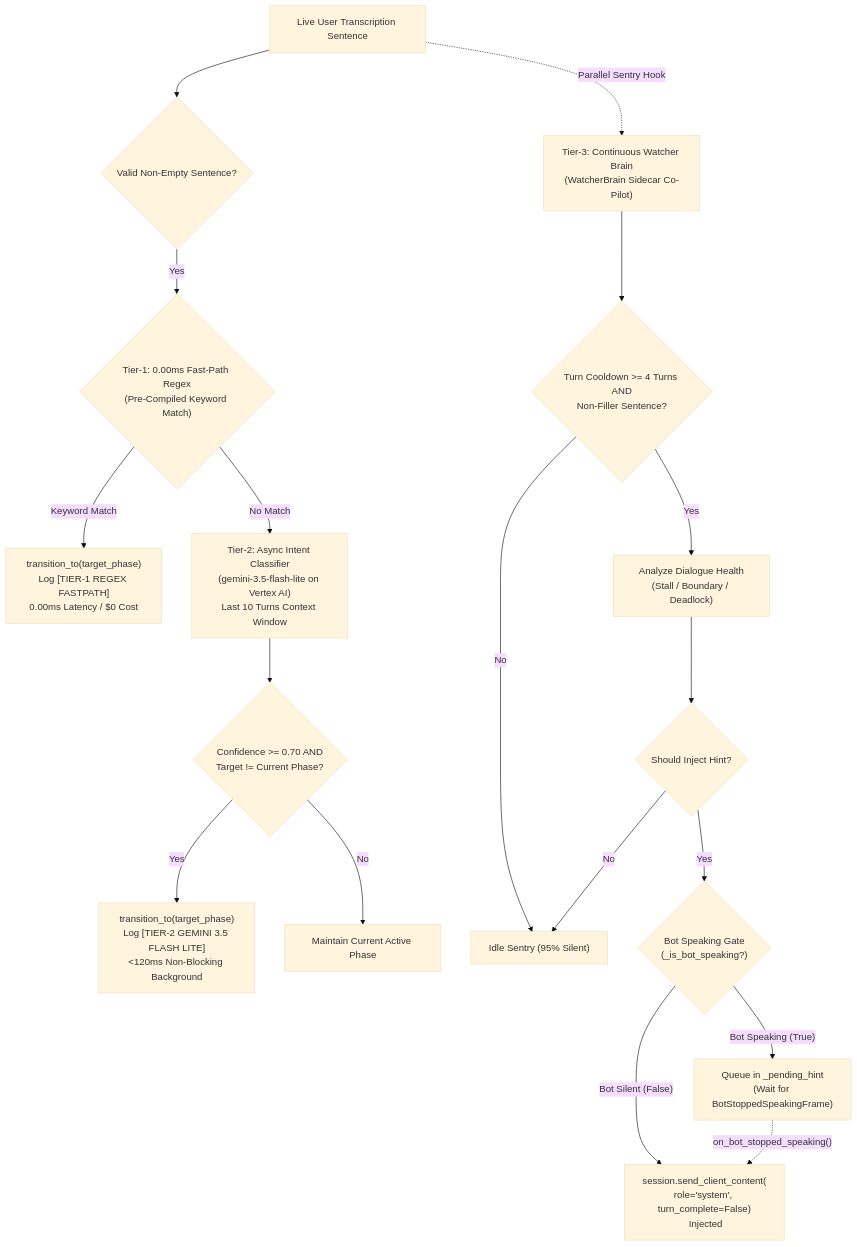
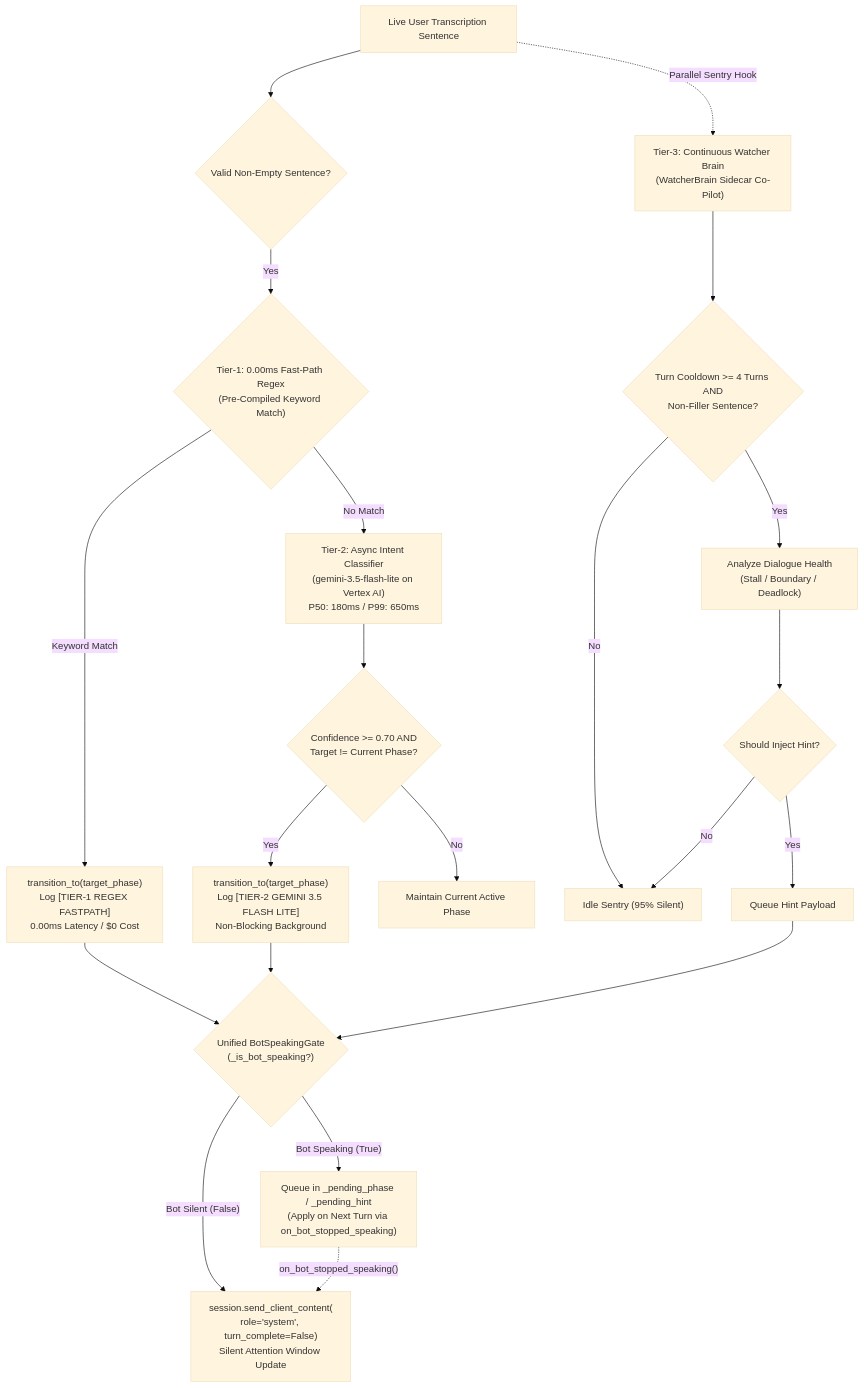
Before and after one commit to manishkjs/gemini_live_pipecat: the fourth of 6 diagrams in docs/ARCHITECTURE_DEEP_DIVE.md, drawn with Mermaid (base theme). The commit also changed other lines of this file and 8 other files, not shown here.

````diff
--- a/docs/ARCHITECTURE_DEEP_DIVE.md
+++ b/docs/ARCHITECTURE_DEEP_DIVE.md
@@ -874,28 +1023,32 @@
 ```mermaid
 flowchart TD
     TranscriptionChunk["Live User Transcription Sentence"] --> CheckSentence{"Valid Non-Empty Sentence?"}
     
     CheckSentence -- Yes --> T1Regex{"Tier-1: 0.00ms Fast-Path Regex\n(Pre-Compiled Keyword Match)"}
     
     T1Regex -- "Keyword Match" --> T1Transition["transition_to(target_phase)\nLog [TIER-1 REGEX FASTPATH]\n0.00ms Latency / $0 Cost"]
     
-    T1Regex -- "No Match" --> T2Classifier["Tier-2: Async Intent Classifier\n(gemini-3.5-flash-lite on Vertex AI)\nLast 10 Turns Context Window"]
+    T1Regex -- "No Match" --> T2Classifier["Tier-2: Async Intent Classifier\n(gemini-3.5-flash-lite on Vertex AI)\nP50: 180ms / P99: 650ms"]
     
     T2Classifier --> T2Confidence{"Confidence >= 0.70 AND\nTarget != Current Phase?"}
-    T2Confidence -- Yes --> T2Transition["transition_to(target_phase)\nLog [TIER-2 GEMINI 3.5 FLASH LITE]\n<120ms Non-Blocking Background"]
+    T2Confidence -- Yes --> T2Transition["transition_to(target_phase)\nLog [TIER-2 GEMINI 3.5 FLASH LITE]\nNon-Blocking Background"]
     T2Confidence -- No --> T2Maintain["Maintain Current Active Phase"]
     
     TranscriptionChunk -. "Parallel Sentry Hook" .-> T3Watcher["Tier-3: Continuous Watcher Brain\n(WatcherBrain Sidecar Co-Pilot)"]
     
     T3Watcher --> T3Cooldown{"Turn Cooldown >= 4 Turns AND\nNon-Filler Sentence?"}
     T3Cooldown -- Yes --> T3Analyze["Analyze Dialogue Health\n(Stall / Boundary / Deadlock)"]
     T3Cooldown -- No --> T3Sleep["Idle Sentry (95% Silent)"]
     
     T3Analyze --> T3Intervene{"Should Inject Hint?"}
-    T3Intervene -- Yes --> BotSpeakingGate{"Bot Speaking Gate\n(_is_bot_speaking?)"}
+    T3Intervene -- Yes --> T3Queue["Queue Hint Payload"]
     T3Intervene -- No --> T3Sleep
     
-    BotSpeakingGate -- "Bot Speaking (True)" --> QueueHint["Queue in _pending_hint\n(Wait for BotStoppedSpeakingFrame)"]
-    BotSpeakingGate -- "Bot Silent (False)" --> FlushHint["session.send_client_content(\nrole='system', turn_complete=False)\n<copilot_hint> Injected"]
-    QueueHint -. "on_bot_stopped_speaking()" .-> FlushHint
+    T1Transition --> BotSpeakingGate{"Unified BotSpeakingGate\n(_is_bot_speaking?)"}
+    T2Transition --> BotSpeakingGate
+    T3Queue --> BotSpeakingGate
+    
+    BotSpeakingGate -- "Bot Speaking (True)" --> QueuePending["Queue in _pending_phase / _pending_hint\n(Apply on Next Turn via on_bot_stopped_speaking)"]
+    BotSpeakingGate -- "Bot Silent (False)" --> FlushDirectives["session.send_client_content(\nrole='system', turn_complete=False)\nSilent Attention Window Update"]
+    QueuePending -. "on_bot_stopped_speaking()" .-> FlushDirectives
 ```
````
